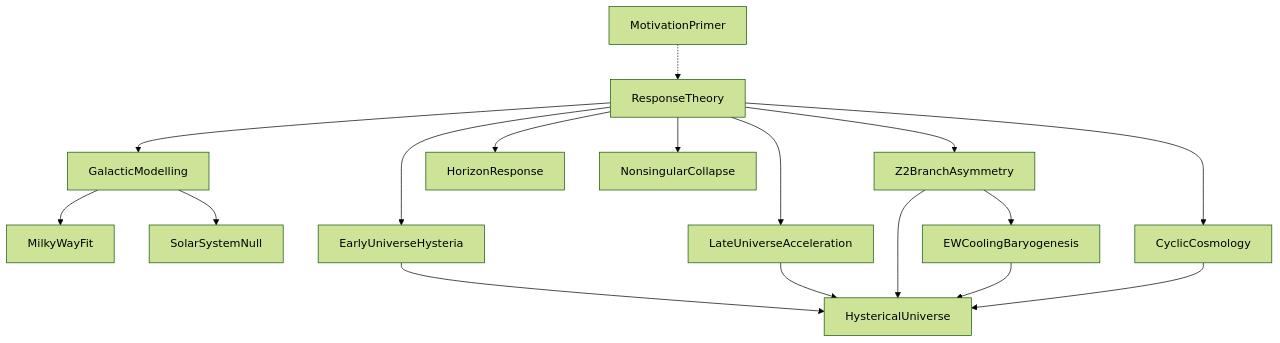
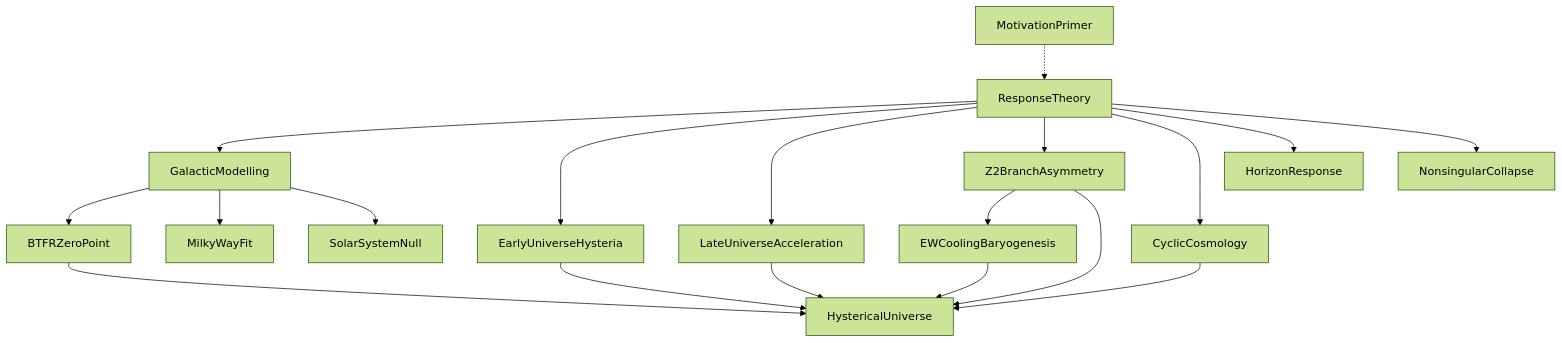
Before and after one commit to AndrewBoydMathematics/Hysterical-Response: the diagram in README.md, drawn with Mermaid (forest theme). The commit also changed other lines of this file and 88 other files, not shown here.

````diff
--- a/README.md
+++ b/README.md
@@ -52,32 +53,35 @@
 ```mermaid
 flowchart TD
   Primer[MotivationPrimer]
   Response[ResponseTheory]
   Galactic[GalacticModelling]
+  BTFR[BTFRZeroPoint]
   MW[MilkyWayFit]
   Solar[SolarSystemNull]
   Early[EarlyUniverseHysteria]
   Late[LateUniverseAcceleration]
   Branch[Z2BranchAsymmetry]
   CCC[CyclicCosmology]
   Horizon[HorizonResponse]
   Collapse[NonsingularCollapse]
   Cooling[EWCoolingBaryogenesis]
   Universe[HystericalUniverse]
   Primer -.-> Response
   Response --> Galactic
+  Galactic --> BTFR
   Galactic --> MW
   Galactic --> Solar
   Response --> Early
   Response --> Late
   Response --> Branch
   Response --> CCC
   Response --> Horizon
   Response --> Collapse
   Branch --> Cooling
   Early --> Universe
   Late --> Universe
   Branch --> Universe
   Cooling --> Universe
   CCC --> Universe
+  BTFR --> Universe
 ```
````
